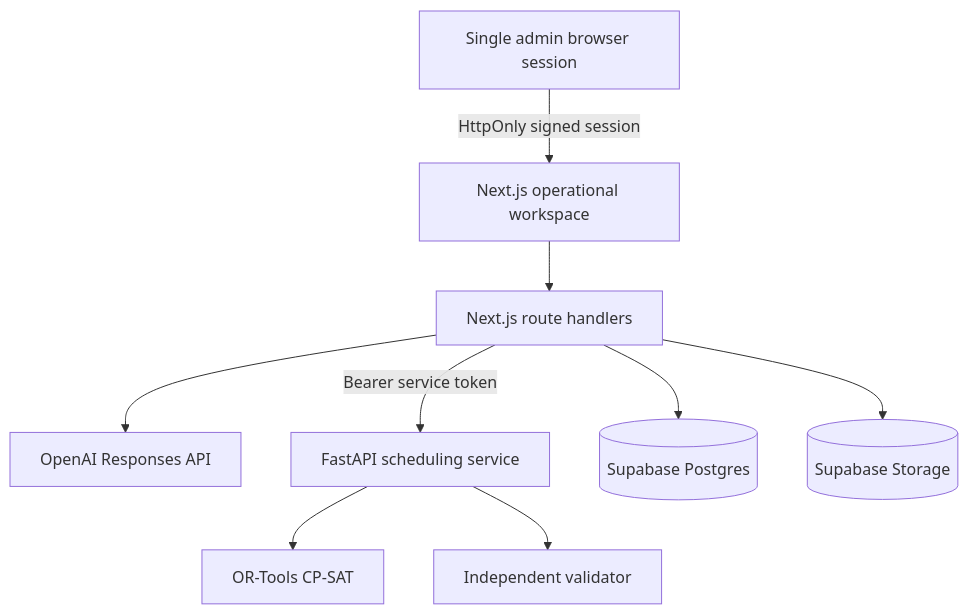
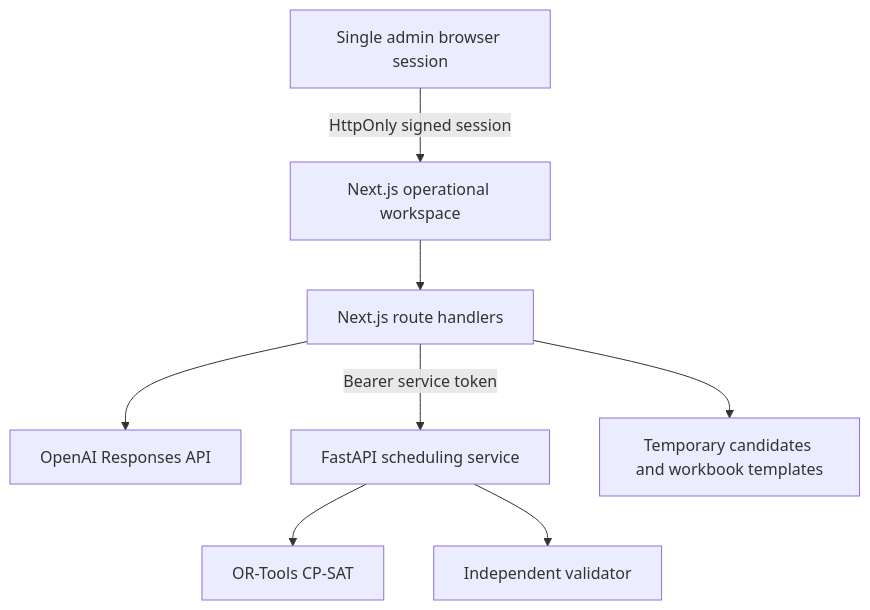
One commit to SuphakornP/nurseflow-ai-scheduler changed the second of 2 diagrams in docs/architecture.md. Above: the diagram before and after it, drawn with Mermaid. The commit also changed other lines of this file and 58 other files, not shown here.

````diff
--- a/docs/architecture.md
+++ b/docs/architecture.md
@@ -37,21 +38,19 @@
 ```mermaid
 flowchart TB
     ADMIN[Single admin browser session]
     UI[Next.js operational workspace]
     API[Next.js route handlers]
     AI[OpenAI Responses API]
     SOLVER[FastAPI scheduling service]
     SAT[OR-Tools CP-SAT]
     VALIDATE[Independent validator]
-    DB[(Supabase Postgres)]
-    STORE[(Supabase Storage)]
+    MEMORY[Temporary candidates and workbook templates]
 
     ADMIN -->|HttpOnly signed session| UI
     UI --> API
     API --> AI
     API -->|Bearer service token| SOLVER
     SOLVER --> SAT
     SOLVER --> VALIDATE
-    API --> DB
-    API --> STORE
+    API --> MEMORY
 ```
````
